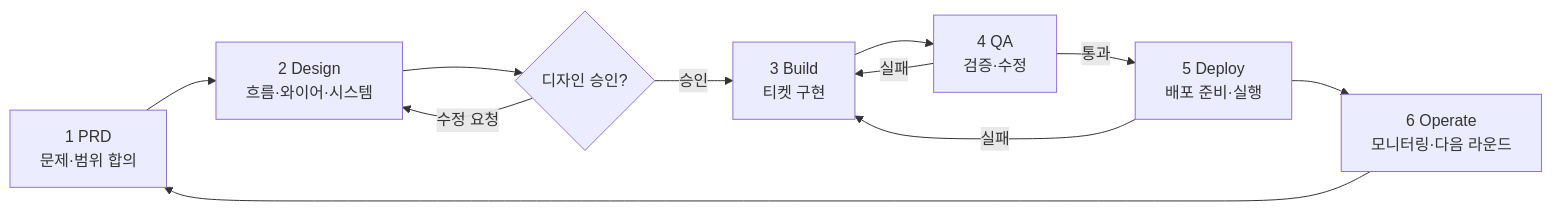
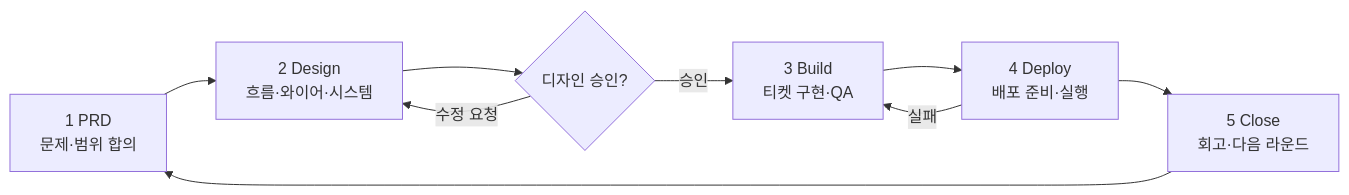
One commit to shawn-kim-axz/productune changed the second of 9 diagrams in docs/design/service-flow-and-screens.md. Above: the diagram before and after it, drawn with Mermaid. The commit also changed other lines of this file and 80 other files, not shown here.

````diff
--- a/docs/design/service-flow-and-screens.md
+++ b/docs/design/service-flow-and-screens.md
@@ -47,13 +47,11 @@
 ```mermaid
 flowchart LR
   PRD[1 PRD<br/>문제·범위 합의] --> DESIGN[2 Design<br/>흐름·와이어·시스템]
   DESIGN --> GATE{디자인 승인?}
   GATE -- 수정 요청 --> DESIGN
-  GATE -- 승인 --> BUILD[3 Build<br/>티켓 구현]
-  BUILD --> QA[4 QA<br/>검증·수정]
-  QA -- 실패 --> BUILD
-  QA -- 통과 --> DEPLOY[5 Deploy<br/>배포 준비·실행]
+  GATE -- 승인 --> BUILD[3 Build<br/>티켓 구현·QA]
+  BUILD --> DEPLOY[4 Deploy<br/>배포 준비·실행]
   DEPLOY -- 실패 --> BUILD
-  DEPLOY --> OPERATE[6 Operate<br/>모니터링·다음 라운드]
-  OPERATE --> PRD
+  DEPLOY --> CLOSE[5 Close<br/>회고·다음 라운드]
+  CLOSE --> PRD
 ```
````
